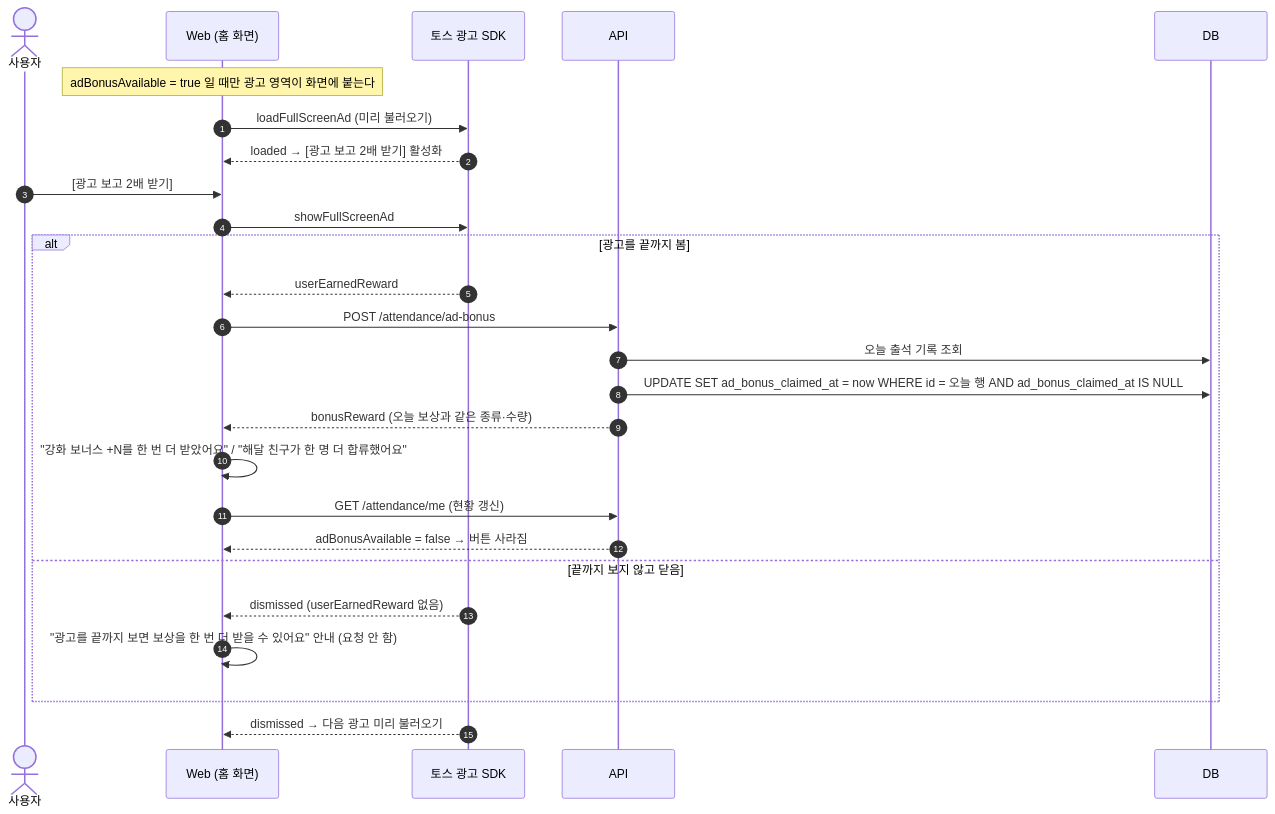
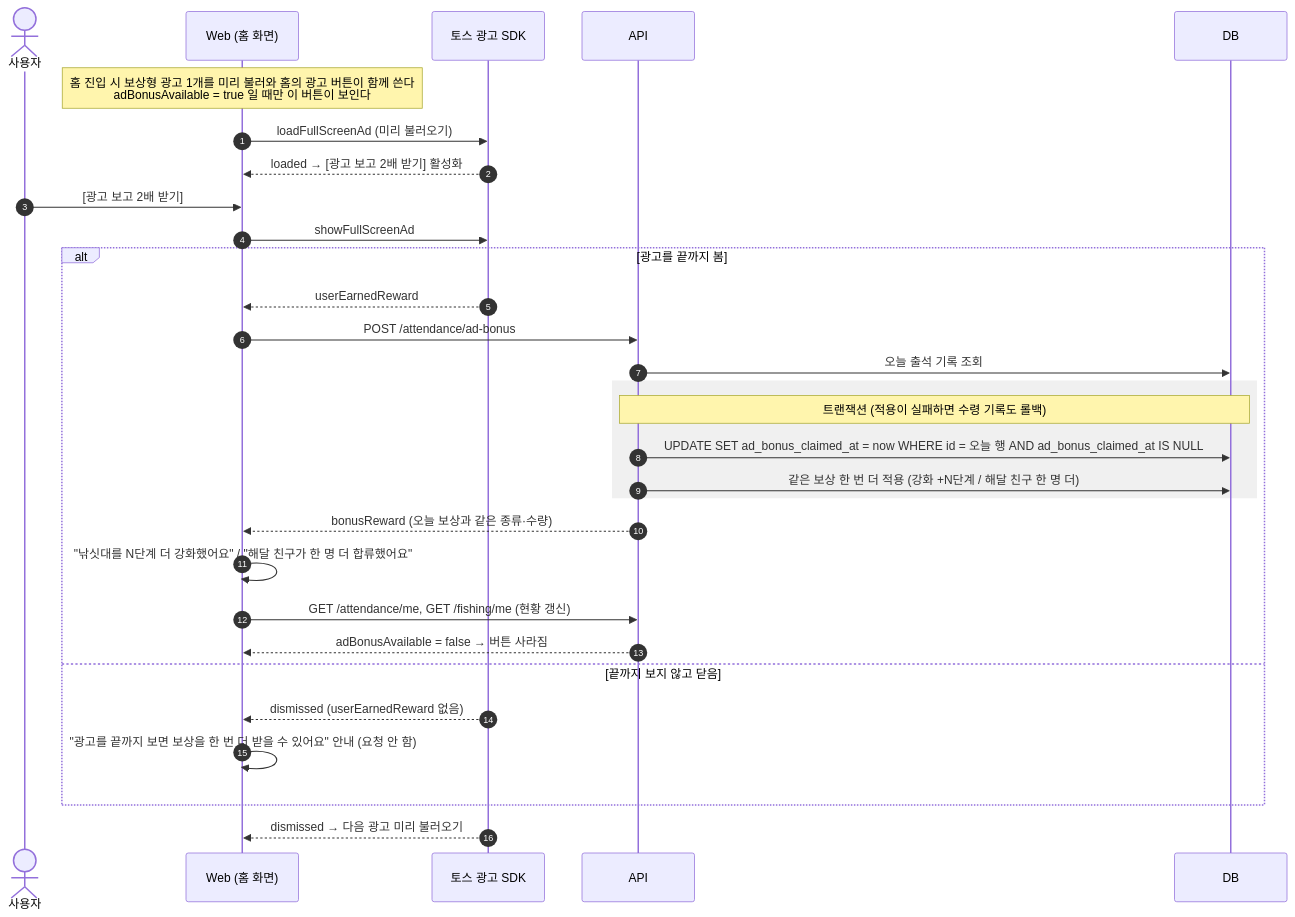
The fourth of 4 diagrams in docs/design/attendance-sequence.md (toss-minigame/haedalpoint), drawn with Mermaid before and after one commit. The commit also changed other lines of this file and 4 other files, not shown here.

````diff
--- a/docs/design/attendance-sequence.md
+++ b/docs/design/attendance-sequence.md
@@ -80,30 +80,34 @@
 ```mermaid
 sequenceDiagram
     autonumber
     actor U as 사용자
     participant W as Web (홈 화면)
     participant S as 토스 광고 SDK
     participant A as API
     participant D as DB
 
-    Note over W: adBonusAvailable = true 일 때만 광고 영역이 화면에 붙는다
+    Note over W: 홈 진입 시 보상형 광고 1개를 미리 불러와 홈의 광고 버튼이 함께 쓴다<br/>adBonusAvailable = true 일 때만 이 버튼이 보인다
     W->>S: loadFullScreenAd (미리 불러오기)
     S-->>W: loaded → [광고 보고 2배 받기] 활성화
 
     U->>W: [광고 보고 2배 받기]
     W->>S: showFullScreenAd
     alt 광고를 끝까지 봄
         S-->>W: userEarnedReward
         W->>A: POST /attendance/ad-bonus
         A->>D: 오늘 출석 기록 조회
-        A->>D: UPDATE SET ad_bonus_claimed_at = now WHERE id = 오늘 행 AND ad_bonus_claimed_at IS NULL
+        rect rgb(240, 240, 240)
+            Note over A,D: 트랜잭션 (적용이 실패하면 수령 기록도 롤백)
+            A->>D: UPDATE SET ad_bonus_claimed_at = now WHERE id = 오늘 행 AND ad_bonus_claimed_at IS NULL
+            A->>D: 같은 보상 한 번 더 적용 (강화 +N단계 / 해달 친구 한 명 더)
+        end
         A-->>W: bonusReward (오늘 보상과 같은 종류·수량)
-        W->>W: "강화 보너스 +N를 한 번 더 받았어요" / "해달 친구가 한 명 더 합류했어요"
-        W->>A: GET /attendance/me (현황 갱신)
+        W->>W: "낚싯대를 N단계 더 강화했어요" / "해달 친구가 한 명 더 합류했어요"
+        W->>A: GET /attendance/me, GET /fishing/me (현황 갱신)
         A-->>W: adBonusAvailable = false → 버튼 사라짐
     else 끝까지 보지 않고 닫음
         S-->>W: dismissed (userEarnedReward 없음)
         W->>W: "광고를 끝까지 보면 보상을 한 번 더 받을 수 있어요" 안내 (요청 안 함)
     end
     S-->>W: dismissed → 다음 광고 미리 불러오기
 ```
````
